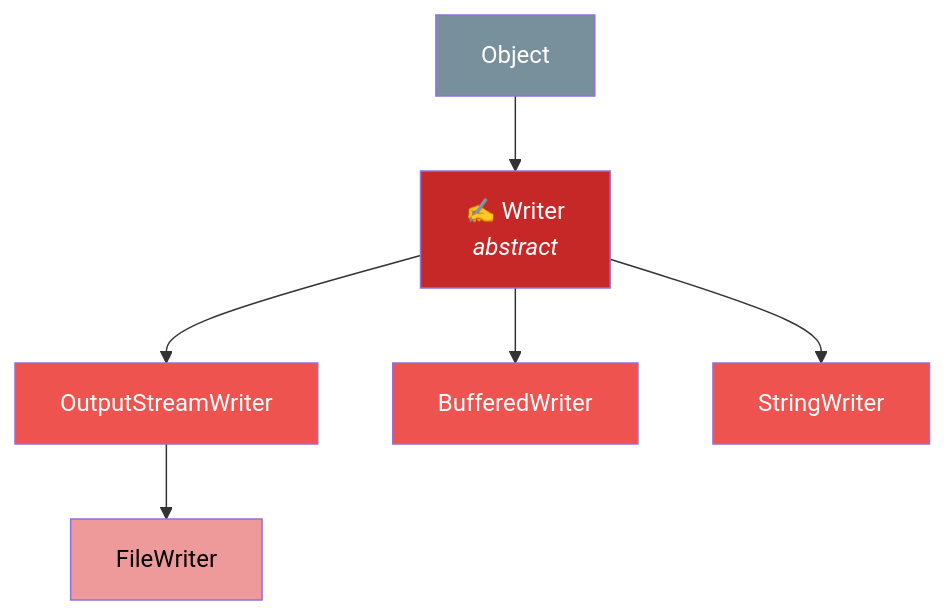
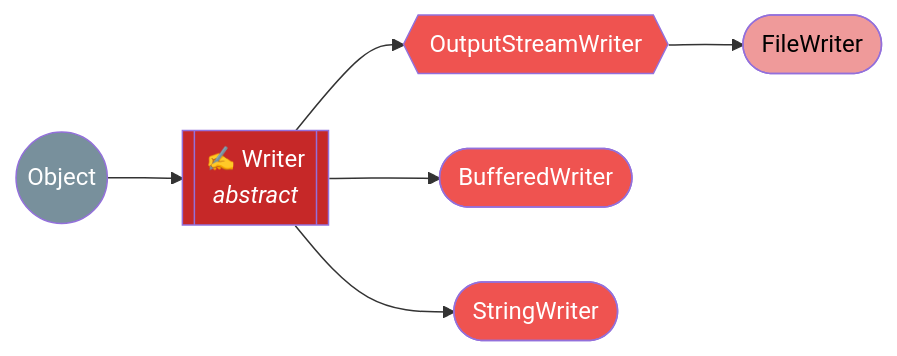
The third of 5 diagrams in docs/java/FileHandling.md (saivamsikaruturi/vamsilabs-dev-notes-main), drawn with Mermaid before and after one commit. The commit also changed other lines of this file and 146 other files, not shown here.

Commit message:
Horizontal diagrams, UML class diagrams, typography overhaul, and permalink cleanup

````diff
--- a/docs/java/FileHandling.md
+++ b/docs/java/FileHandling.md
@@ -406,15 +406,15 @@
 ```mermaid
-graph TD
-    O2["Object"] --> Writer["✍️ Writer<br/><i>abstract</i>"]
-    Writer --> OSW["OutputStreamWriter"]
-    OSW --> FW["FileWriter"]
-    Writer --> BW["BufferedWriter"]
-    Writer --> SW["StringWriter"]
+flowchart LR
+    O2(("Object")) --> Writer[["✍️ Writer<br/><i>abstract</i>"]]
+    Writer --> OSW{{"OutputStreamWriter"}}
+    OSW --> FW(["FileWriter"])
+    Writer --> BW(["BufferedWriter"])
+    Writer --> SW(["StringWriter"])
 
     style O2 fill:#78909C,color:#fff
     style Writer fill:#C62828,color:#fff
     style OSW fill:#EF5350,color:#fff
     style FW fill:#EF9A9A,color:#000
     style BW fill:#EF5350,color:#fff
     style SW fill:#EF5350,color:#fff
 ```
````
